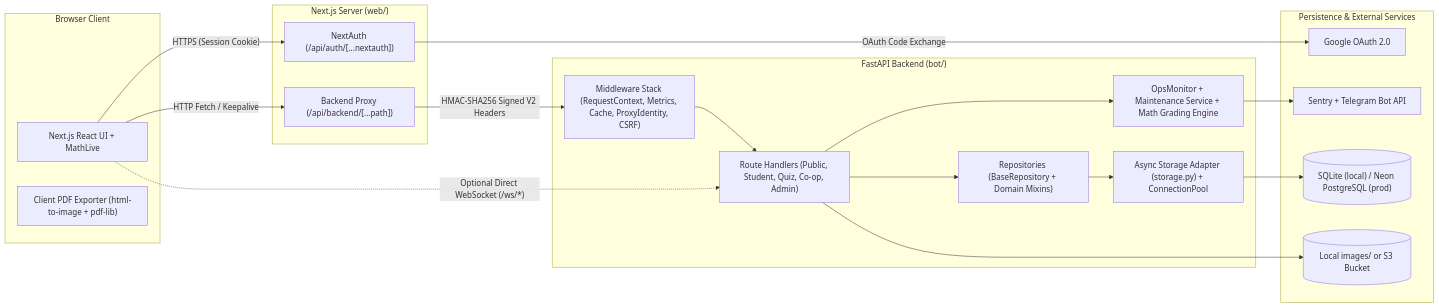
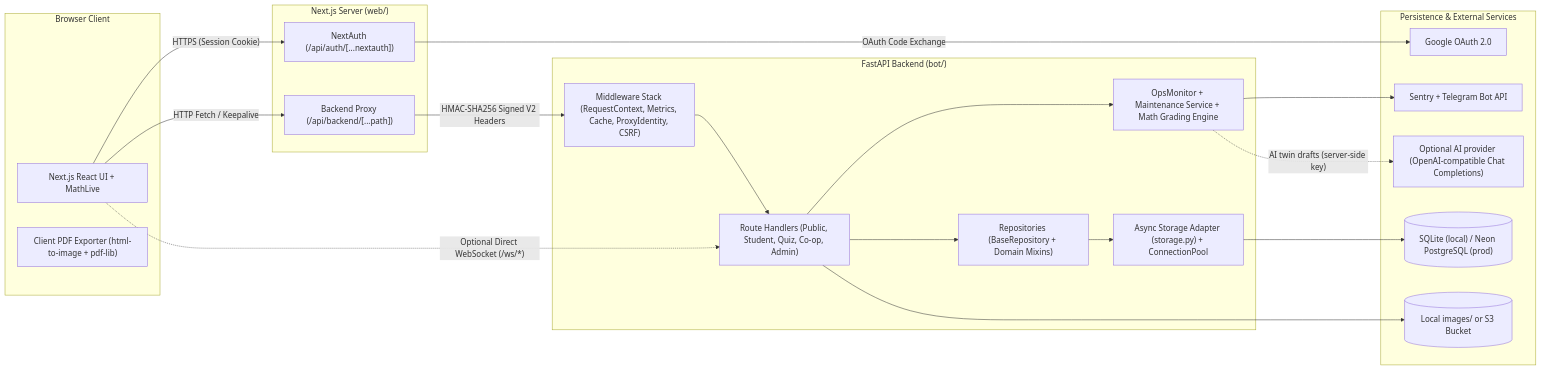
The diagram in docs/architecture/system-overview.md (ernurreen-rgb/mathbott), drawn with Mermaid before and after one commit. The commit also changed other lines of this file and 22 other files, not shown here.

````diff
--- a/docs/architecture/system-overview.md
+++ b/docs/architecture/system-overview.md
@@ -11,40 +11,42 @@
 ```mermaid
 flowchart LR
     subgraph Client["Browser Client"]
         UI["Next.js React UI + MathLive"]
         PDF["Client PDF Exporter (html-to-image + pdf-lib)"]
     end
 
     subgraph Edge["Next.js Server (web/)"]
         NextAuth["NextAuth (/api/auth/[...nextauth])"]
         Proxy["Backend Proxy (/api/backend/[...path])"]
     end
 
     subgraph API["FastAPI Backend (bot/)"]
         MW["Middleware Stack (RequestContext, Metrics, Cache, ProxyIdentity, CSRF)"]
         Routes["Route Handlers (Public, Student, Quiz, Co-op, Admin)"]
         Services["OpsMonitor + Maintenance Service + Math Grading Engine"]
         Repos["Repositories (BaseRepository + Domain Mixins)"]
         Storage["Async Storage Adapter (storage.py) + ConnectionPool"]
     end
 
     subgraph Infra["Persistence & External Services"]
         DB[("SQLite (local) / Neon PostgreSQL (prod)")]
         Img[("Local images/ or S3 Bucket")]
         OAuth["Google OAuth 2.0"]
         Sentry["Sentry + Telegram Bot API"]
+        AI["Optional AI provider (OpenAI-compatible Chat Completions)"]
     end
 
     UI -->|"HTTPS (Session Cookie)"| NextAuth
     NextAuth -->|"OAuth Code Exchange"| OAuth
     UI -->|"HTTP Fetch / Keepalive"| Proxy
     Proxy -->|"HMAC-SHA256 Signed V2 Headers"| MW
     UI -.->|"Optional Direct WebSocket (/ws/*)"| Routes
     MW --> Routes
     Routes --> Services
     Routes --> Repos
     Repos --> Storage
     Storage --> DB
     Routes --> Img
     Services --> Sentry
+    Services -.->|"AI twin drafts (server-side key)"| AI
 ```
````
